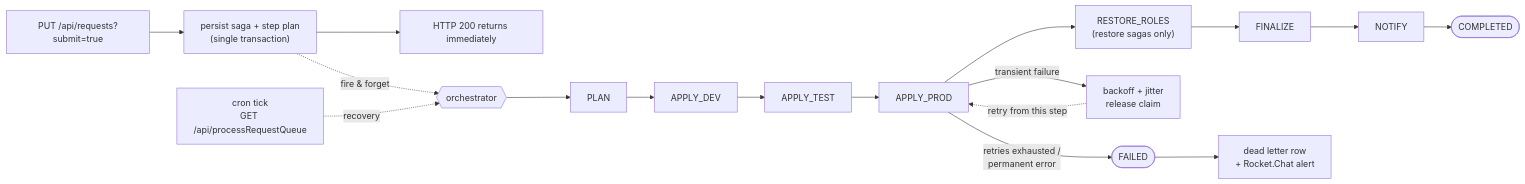
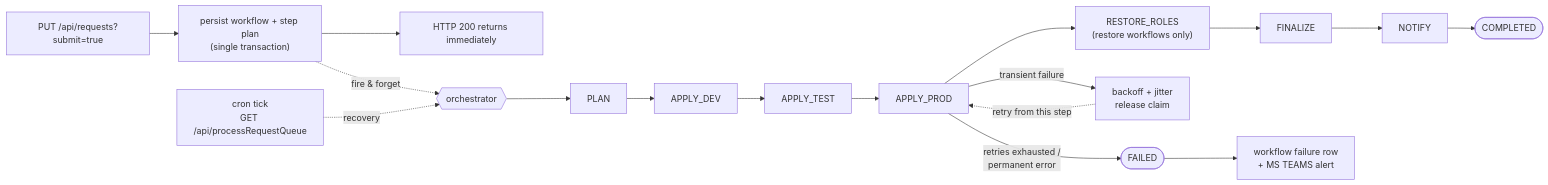
One commit to bcgov/sso-requests changed the first of 3 diagrams in docs/adr/0001-async-integration-submission-saga.md. Above: the diagram before and after it, drawn with Mermaid. The commit also changed other lines of this file and 31 other files, not shown here.

Commit message:
feat: re-worded saga to workflow for consistency

````diff
--- a/docs/adr/0001-async-integration-submission-saga.md
+++ b/docs/adr/0001-async-integration-submission-saga.md
@@ -42,19 +40,19 @@
 ```mermaid
 flowchart LR
-  A["PUT /api/requests?submit=true"] --> B["persist saga + step plan<br/>(single transaction)"]
+  A["PUT /api/requests?submit=true"] --> B["persist workflow + step plan<br/>(single transaction)"]
   B --> C["HTTP 200 returns immediately"]
   B -. "fire & forget" .-> D{{orchestrator}}
   E["cron tick<br/>GET /api/processRequestQueue"] -. "recovery" .-> D
   D --> F[PLAN]
   F --> G[APPLY_DEV]
   G --> H[APPLY_TEST]
   H --> I[APPLY_PROD]
-  I --> J["RESTORE_ROLES<br/>(restore sagas only)"]
+  I --> J["RESTORE_ROLES<br/>(restore workflows only)"]
   J --> K[FINALIZE]
   K --> L[NOTIFY]
   L --> M([COMPLETED])
   I -- "transient failure" --> N["backoff + jitter<br/>release claim"]
   N -. "retry from this step" .-> I
   I -- "retries exhausted /<br/>permanent error" --> O([FAILED])
-  O --> P["dead letter row<br/>+ Rocket.Chat alert"]
+  O --> P["workflow failure row<br/>+ MS TEAMS alert"]
 ```
````
